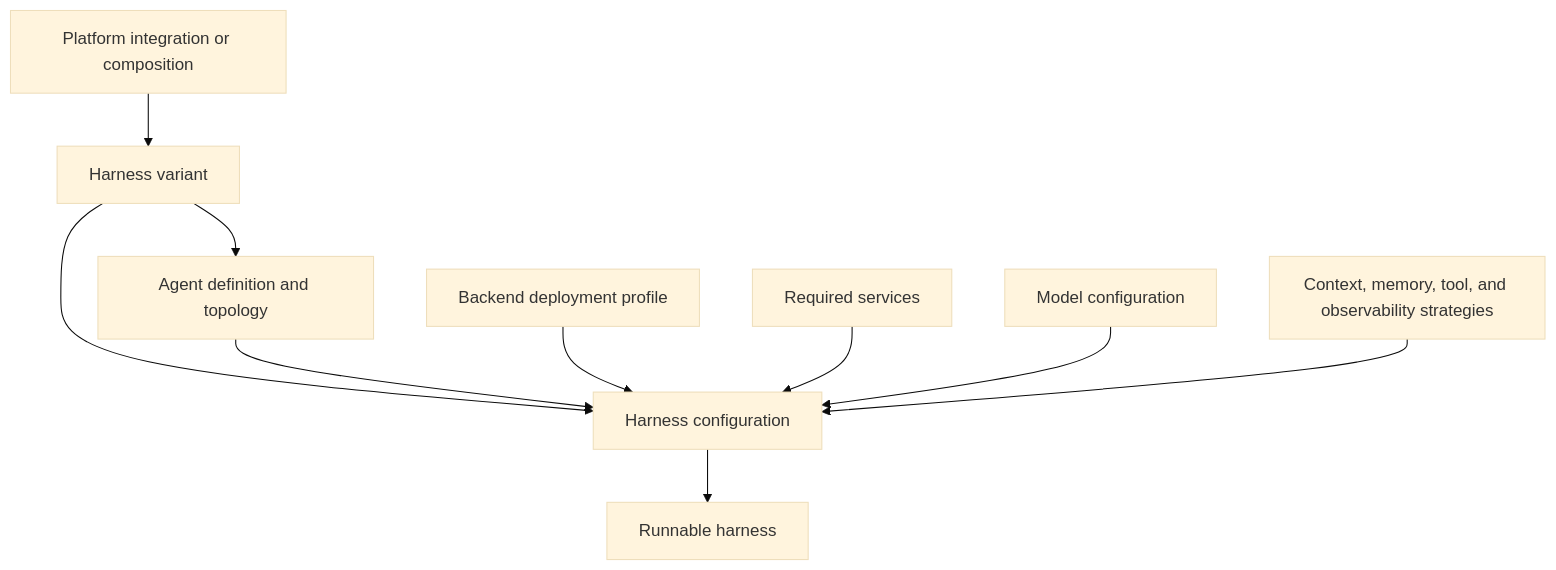
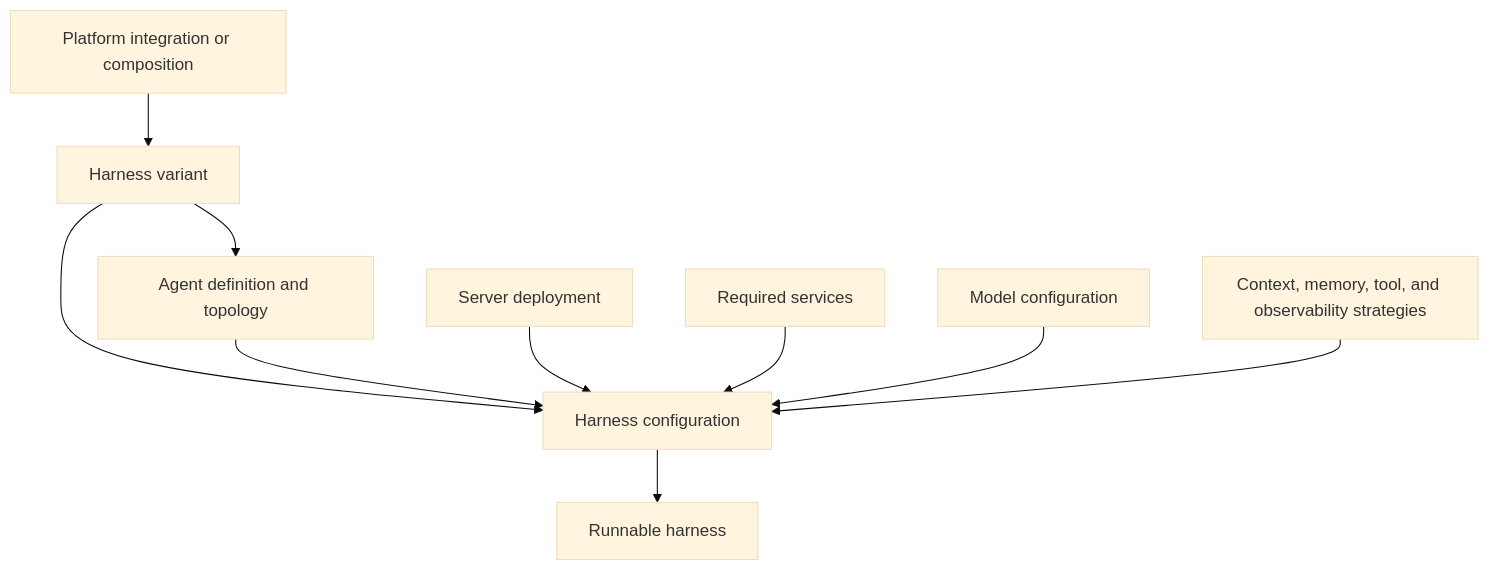
The first of 2 diagrams in docs/architecture/system-overview.md (iamenochchirima/agents-lab), drawn with Mermaid (base theme) before and after one commit. The commit also changed other lines of this file and 38 other files, not shown here.

````diff
--- a/docs/architecture/system-overview.md
+++ b/docs/architecture/system-overview.md
@@ -18,22 +18,22 @@
 ```mermaid
 flowchart TD
   Platform[Platform integration or composition]
   Variant[Harness variant]
   Agent[Agent definition and topology]
-  Deployment[Backend deployment profile]
+  Deployment[Server deployment]
   Infrastructure[Required services]
   Model[Model configuration]
   Strategies[Context, memory, tool, and observability strategies]
   Configuration[Harness configuration]
   Harness[Runnable harness]
 
   Platform --> Variant
   Variant --> Agent
   Variant --> Configuration
   Agent --> Configuration
   Deployment --> Configuration
   Infrastructure --> Configuration
   Model --> Configuration
   Strategies --> Configuration
   Configuration --> Harness
 ```
````
